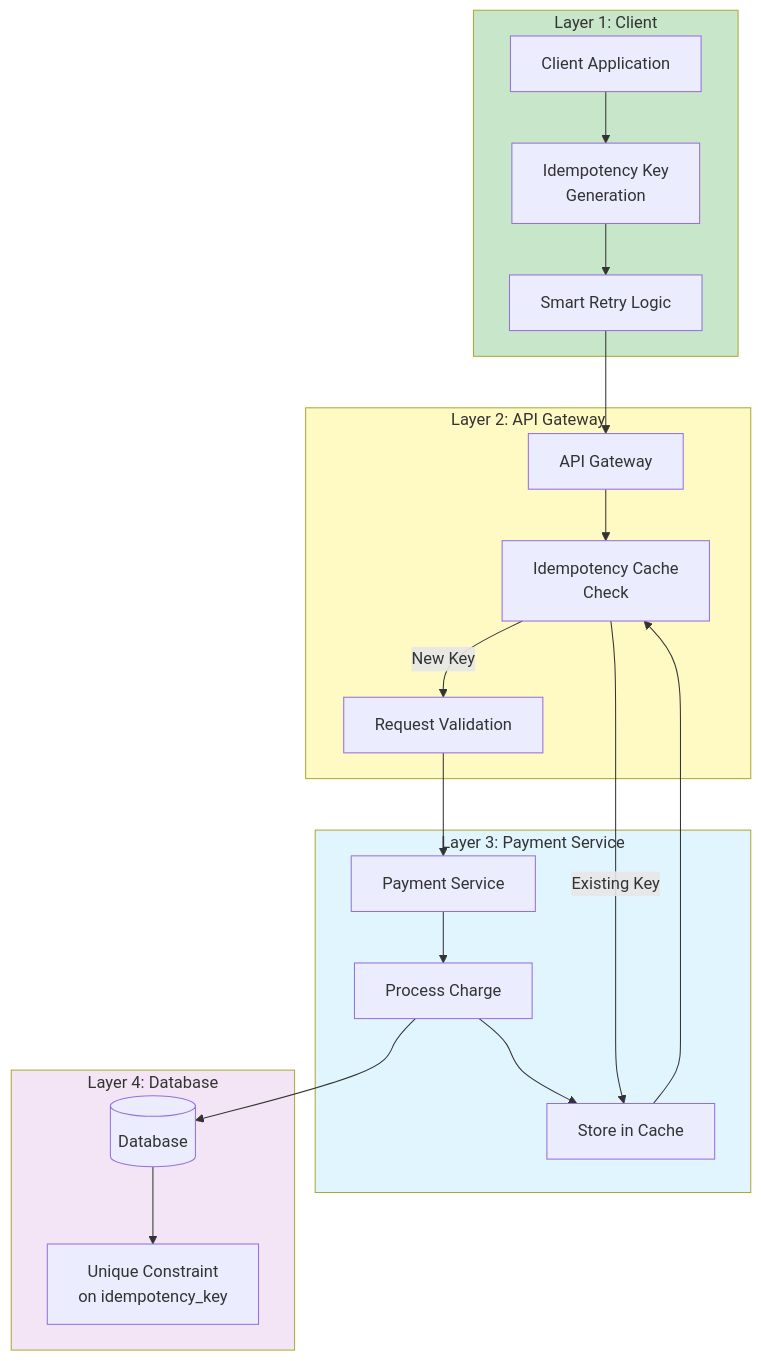
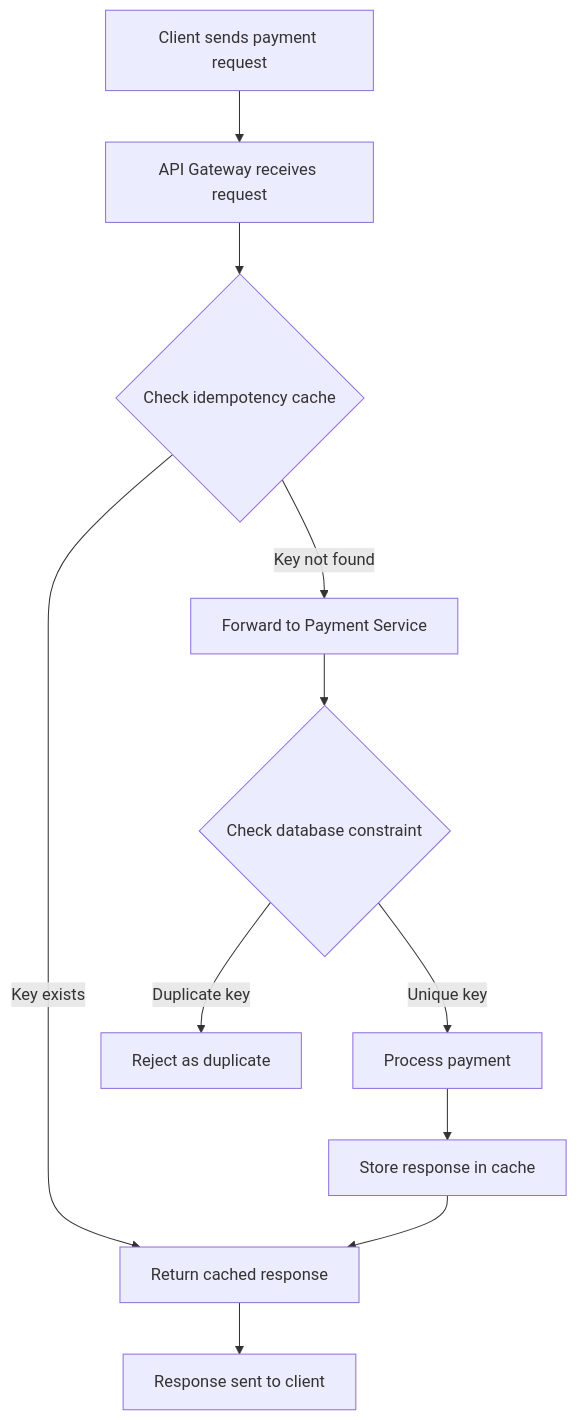
One commit to ajitsing/ajitsing.github.io changed the third of 4 diagrams in _posts/2025-08-29-how-stripe-prevents-double-payment.md. Above: the diagram before and after it, drawn with Mermaid. The commit also changed other lines of this file, not shown here.

````diff
--- a/_posts/2025-08-29-how-stripe-prevents-double-payment.md
+++ b/_posts/2025-08-29-how-stripe-prevents-double-payment.md
@@ -313,43 +423,18 @@
 ```mermaid
-flowchart TB
-    subgraph Layer1["Layer 1: Client"]
-        C[Client Application]
-        IK[Idempotency Key<br/>Generation]
-        SR[Smart Retry Logic]
-    end
+flowchart TD
+    A[Client sends payment request] --> B[API Gateway receives request]
+    B --> C{Check idempotency cache}
     
-    subgraph Layer2["Layer 2: API Gateway"]
-        AG[API Gateway]
-        IC[Idempotency Cache<br/>Check]
-        VR[Request Validation]
-    end
+    C -->|Key exists| D[Return cached response]
+    C -->|Key not found| E[Forward to Payment Service]
     
-    subgraph Layer3["Layer 3: Payment Service"]
-        PS[Payment Service]
-        PC[Process Charge]
-        SC[Store in Cache]
-    end
+    E --> F{Check database constraint}
     
-    subgraph Layer4["Layer 4: Database"]
-        DB[(Database)]
-        UC[Unique Constraint<br/>on idempotency_key]
-    end
+    F -->|Unique key| G[Process payment]
+    F -->|Duplicate key| H[Reject as duplicate]
     
-    C --> IK
-    IK --> SR
-    SR --> AG
-    AG --> IC
-    IC -->|New Key| VR
-    IC -->|Existing Key| SC
-    VR --> PS
-    PS --> PC
-    PC --> DB
-    DB --> UC
-    PC --> SC
-    SC --> IC
+    G --> I[Store response in cache]
+    I --> D
     
-    style Layer1 fill:#c8e6c9
-    style Layer2 fill:#fff9c4
-    style Layer3 fill:#e1f5ff
-    style Layer4 fill:#f3e5f5
+    D --> J[Response sent to client]
 ```
````
